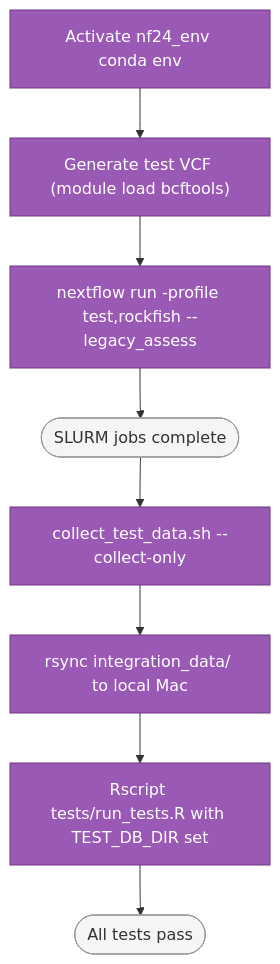
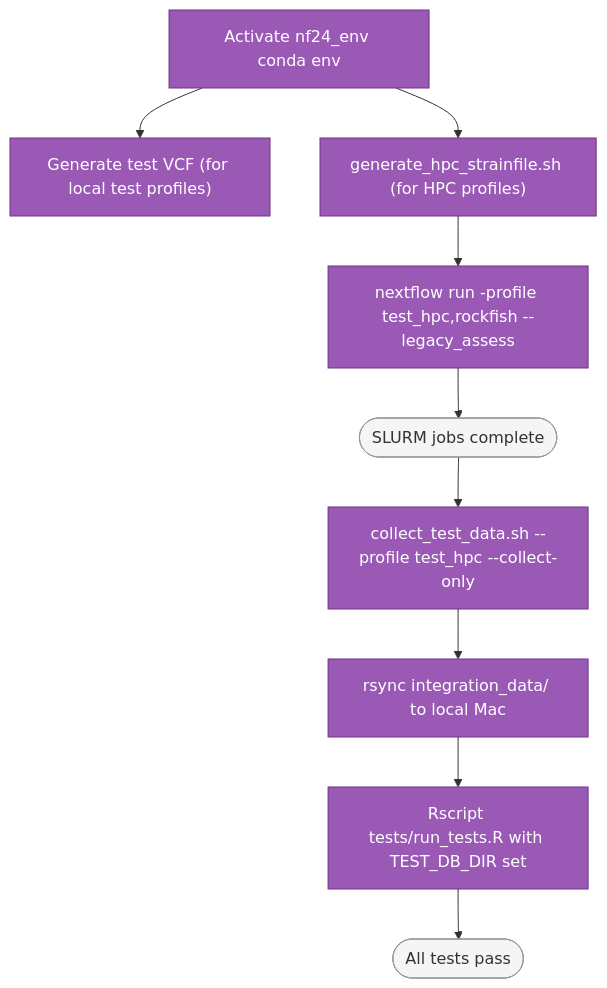
Before and after one commit to AndersenLab/nemascan-sims-nf: the diagram in docs/testing-hpc.qmd, drawn with Mermaid. The commit also changed other lines of this file and 6 other files, not shown here.

Commit message:
Update HPC testing docs to include test vcf and full vcf for all testing profiles

````diff
--- a/docs/testing-hpc.qmd
+++ b/docs/testing-hpc.qmd
@@ -14,17 +14,19 @@
 ```{mermaid}
 %%{init: {'themeVariables': {'fontSize': '16px'}}}%%
 flowchart TD
     classDef step fill:#9b59b6,stroke:#6c3483,color:#fff
     classDef data fill:#f5f5f5,stroke:#999,color:#333
 
     ENV["Activate nf24_env conda env"]:::step
-    VCF["Generate test VCF (module load bcftools)"]:::step
-    RUN["nextflow run -profile test,rockfish --legacy_assess"]:::step
+    VCF["Generate test VCF (for local test profiles)"]:::step
+    STRAIN["generate_hpc_strainfile.sh (for HPC profiles)"]:::step
+    RUN["nextflow run -profile test_hpc,rockfish --legacy_assess"]:::step
     WAIT(["SLURM jobs complete"]):::data
-    COLLECT["collect_test_data.sh --collect-only"]:::step
+    COLLECT["collect_test_data.sh --profile test_hpc --collect-only"]:::step
     RSYNC["rsync integration_data/ to local Mac"]:::step
     TEST["Rscript tests/run_tests.R with TEST_DB_DIR set"]:::step
     DONE(["All tests pass"]):::data
 
-    ENV --> VCF --> RUN --> WAIT --> COLLECT --> RSYNC --> TEST --> DONE
+    ENV --> VCF
+    ENV --> STRAIN --> RUN --> WAIT --> COLLECT --> RSYNC --> TEST --> DONE
 ```
````
